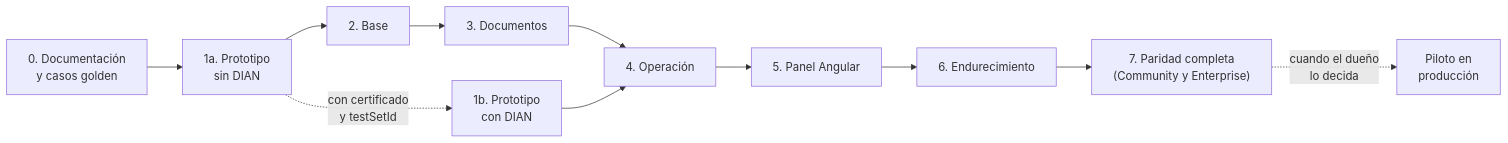
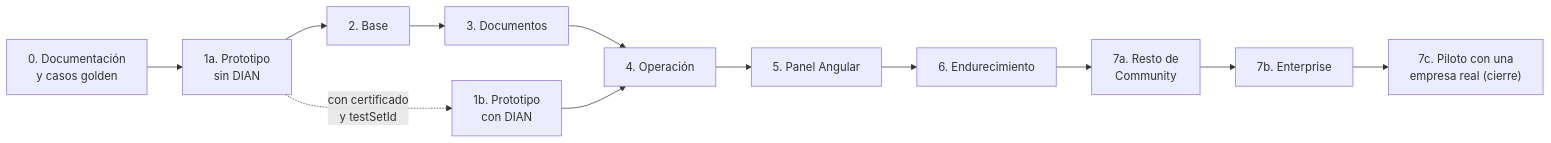
The third of 3 diagrams in docs/PRD.md (lordimpi/ImpiFact), drawn with Mermaid before and after one commit. The commit also changed other lines of this file, not shown here.

Commit message:
docs(prd): the real-company pilot closes phase 7 as step 7c

````diff
--- a/docs/PRD.md
+++ b/docs/PRD.md
@@ -490,8 +490,8 @@
 ```mermaid
 flowchart LR
   F0["0. Documentación<br/>y casos golden"] --> F1a["1a. Prototipo<br/>sin DIAN"]
   F1a --> F2["2. Base"] --> F3["3. Documentos"] --> F4["4. Operación"]
   F1a -.->|"con certificado<br/>y testSetId"| F1b["1b. Prototipo<br/>con DIAN"]
   F1b --> F4
-  F4 --> F5["5. Panel Angular"] --> F6["6. Endurecimiento"] --> F7["7. Paridad completa<br/>(Community y Enterprise)"] -.->|"cuando el dueño<br/>lo decida"| P["Piloto en<br/>producción"]
+  F4 --> F5["5. Panel Angular"] --> F6["6. Endurecimiento"] --> F7a["7a. Resto de<br/>Community"] --> F7b["7b. Enterprise"] --> F7c["7c. Piloto con una<br/>empresa real (cierre)"]
 ```
````
